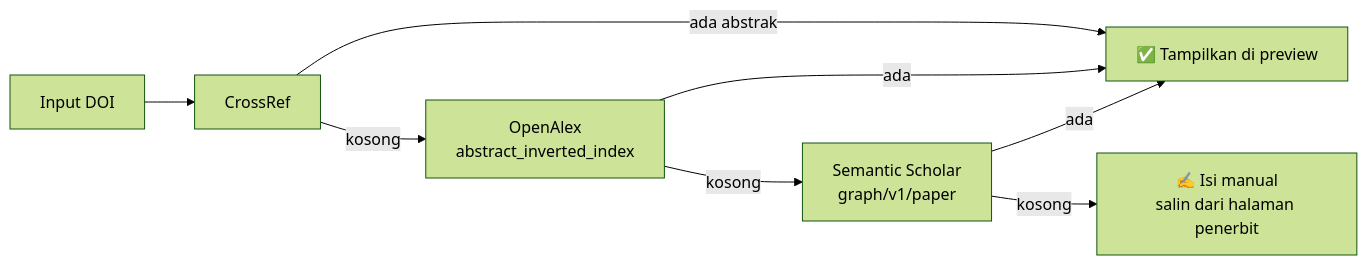
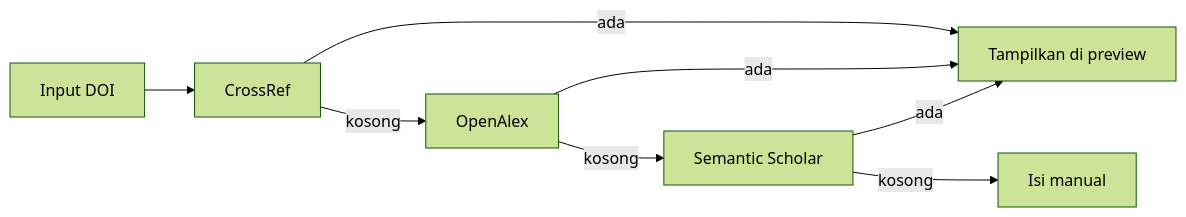
One commit to muhammadrizalharis/UNICAL-ASSOCIATES-REPO changed the diagram in README.md. Above: the diagram before and after it, drawn with Mermaid (forest theme). The commit also changed other lines of this file and 1 other file, not shown here.

First line of the commit message:
docs: pisahkan dokumen rencana internal dari README publik

````diff
--- a/README.md
+++ b/README.md
@@ -388,10 +81,10 @@
 ```mermaid
 flowchart LR
     A[Input DOI] --> B[CrossRef]
-    B -- ada abstrak --> Z[✅ Tampilkan di preview]
-    B -- kosong --> C[OpenAlex\nabstract_inverted_index]
+    B -- ada --> Z[Tampilkan di preview]
+    B -- kosong --> C[OpenAlex]
     C -- ada --> Z
-    C -- kosong --> D[Semantic Scholar\ngraph/v1/paper]
+    C -- kosong --> D[Semantic Scholar]
     D -- ada --> Z
-    D -- kosong --> E[✍️ Isi manual\nsalin dari halaman penerbit]
+    D -- kosong --> E[Isi manual]
 ```
````
